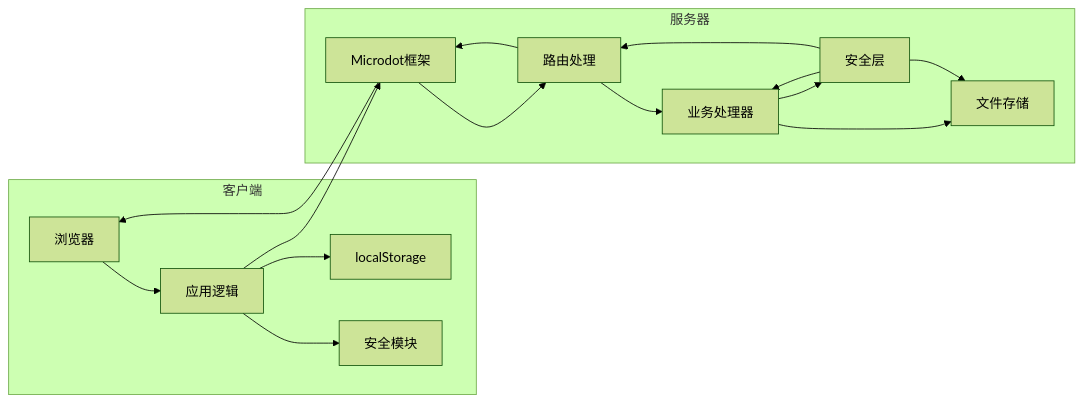
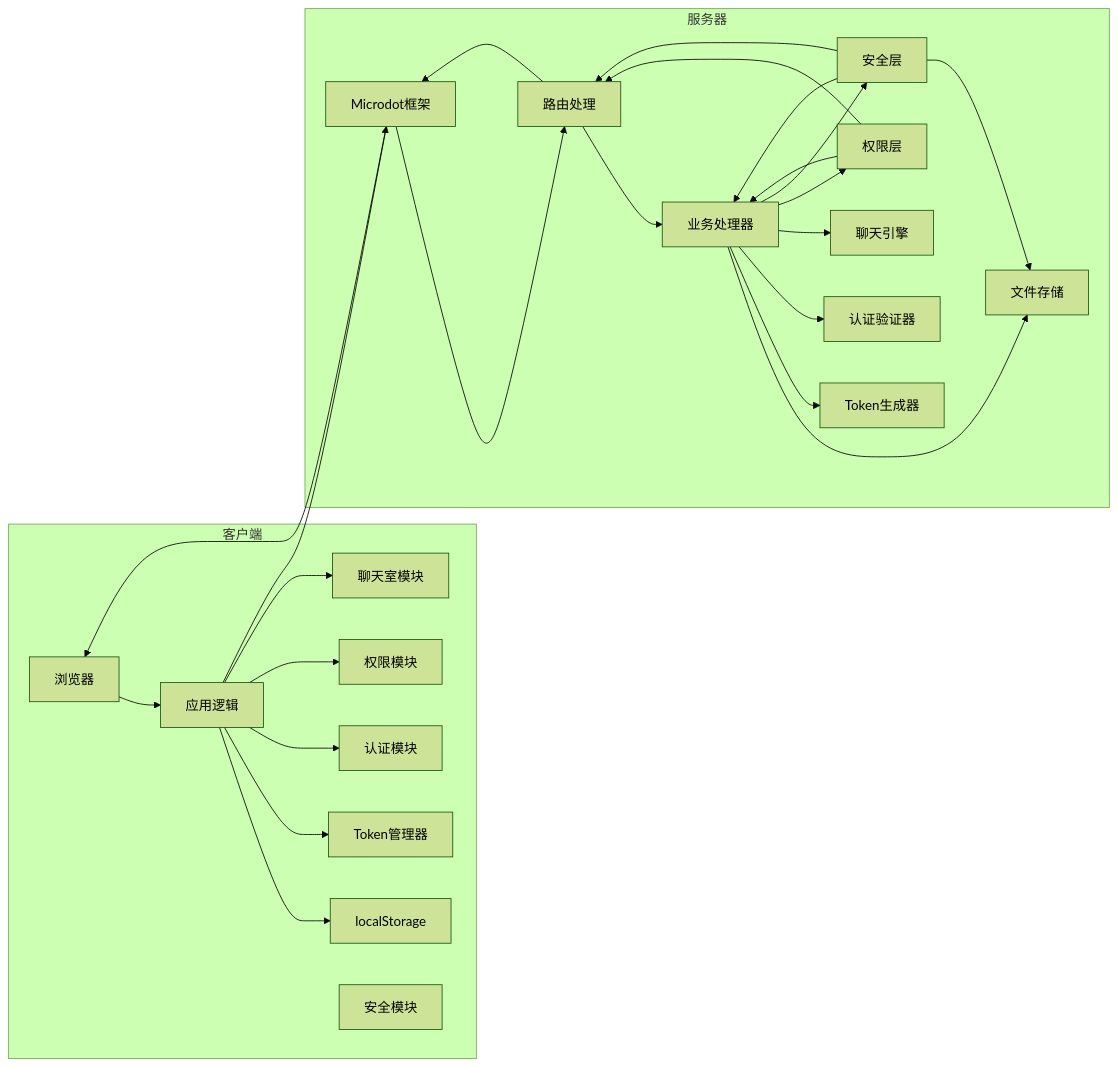
Before and after one commit to qq20739111/weilushishe-lishitai: the fourth of 28 diagrams in .qoder/repowiki/zh/content/Web界面/JavaScript交互逻辑/用户认证系统.md, drawn with Mermaid (forest theme). The commit also changed other lines of this file and 23 other files, not shown here.

````diff
--- a/.qoder/repowiki/zh/content/Web界面/JavaScript交互逻辑/用户认证系统.md
+++ b/.qoder/repowiki/zh/content/Web界面/JavaScript交互逻辑/用户认证系统.md
@@ -138,29 +173,46 @@
 ```mermaid
 graph LR
 subgraph "客户端"
 Browser[浏览器]
 AppJS[应用逻辑]
-Storage[localStorage]
+LocalStorage[localStorage]
+TokenManager[Token管理器]
+AuthModule[认证模块]
+PermissionModule[权限模块]
+ChatModule[聊天室模块]
 Security[安全模块]
 end
 subgraph "服务器"
 Microdot[Microdot框架]
 Routes[路由处理]
 Handlers[业务处理器]
 Files[文件存储]
+TokenGenerator[Token生成器]
+AuthValidator[认证验证器]
+ChatEngine[聊天引擎]
+PermissionLayer[权限层]
 SecurityLayer[安全层]
 end
 Browser --> AppJS
-AppJS --> Storage
-AppJS --> Security
+AppJS --> LocalStorage
+AppJS --> TokenManager
+AppJS --> AuthModule
+AppJS --> PermissionModule
+AppJS --> ChatModule
 AppJS --> Microdot
 Microdot --> Routes
 Routes --> Handlers
 Handlers --> Files
+Handlers --> TokenGenerator
+Handlers --> AuthValidator
+Handlers --> ChatEngine
+Handlers --> PermissionLayer
 Handlers --> SecurityLayer
 SecurityLayer --> Files
 SecurityLayer --> Handlers
 SecurityLayer --> Routes
+PermissionLayer --> Handlers
+PermissionLayer --> Routes
 Routes --> Microdot
 Microdot --> Browser
 ```
````
